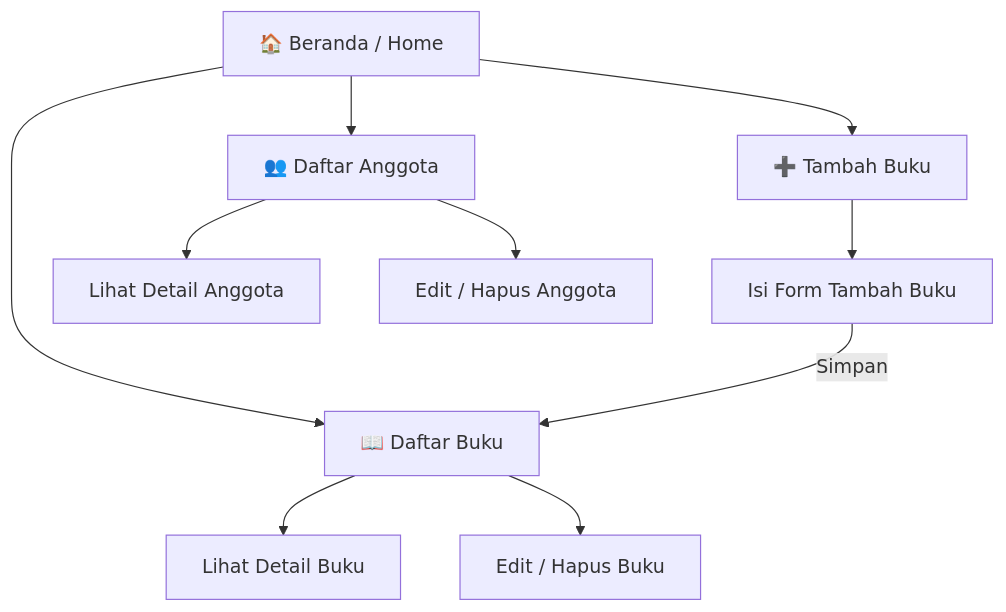
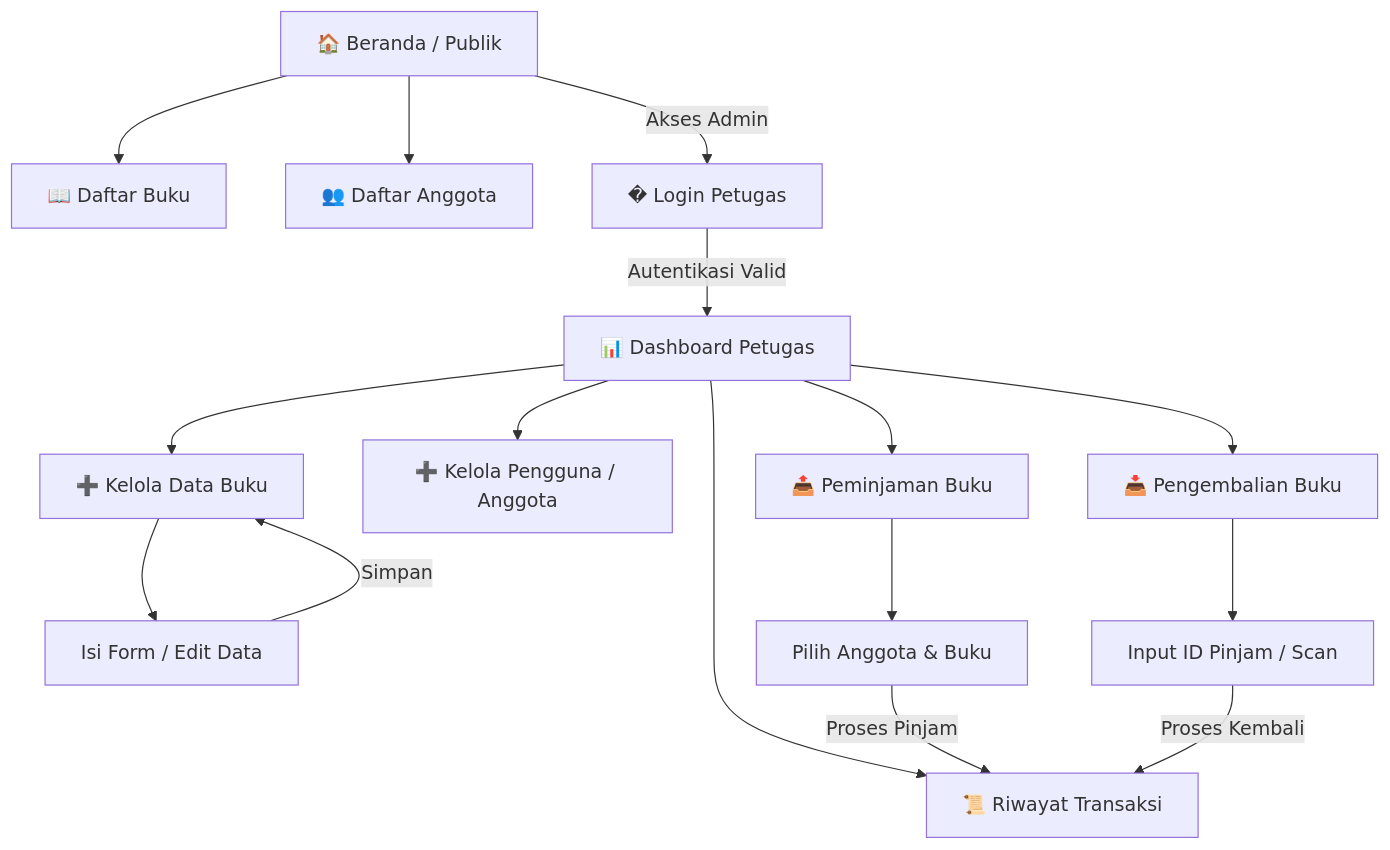
The diagram in jobsheet-04/docs/wireframe.md (bntbgs999/PemogramanWeb2026), drawn with Mermaid before and after one commit. The commit also changed other lines of this file and 7 other files, not shown here.

Commit message:
docs: tambah fitur wireframe dan flow untuk login peminjaman dsb

````diff
--- a/jobsheet-04/docs/wireframe.md
+++ b/jobsheet-04/docs/wireframe.md
@@ -11,15 +11,25 @@
 ```mermaid
 graph TD
-    A[🏠 Beranda / Home] --> B[📖 Daftar Buku]
-    A --> C[➕ Tambah Buku]
+    %% Portal Publik
+    A[🏠 Beranda / Publik] --> B[📖 Daftar Buku]
     A --> D[👥 Daftar Anggota]
     
-    B --> B1[Lihat Detail Buku]
-    B --> B2[Edit / Hapus Buku]
+    %% Portal Petugas (Fitur Mendatang)
+    A -->|Akses Admin| P1[� Login Petugas]
+    P1 -->|Autentikasi Valid| P2[📊 Dashboard Petugas]
     
-    C --> C1[Isi Form Tambah Buku]
-    C1 -->|Simpan| B
+    P2 --> C[➕ Kelola Data Buku]
+    P2 --> E[➕ Kelola Pengguna / Anggota]
+    P2 --> P3[📤 Peminjaman Buku]
+    P2 --> P4[📥 Pengembalian Buku]
+    P2 --> P5[📜 Riwayat Transaksi]
     
-    D --> D1[Lihat Detail Anggota]
-    D --> D2[Edit / Hapus Anggota]
+    C --> C1[Isi Form / Edit Data]
+    C1 -->|Simpan| C
+    
+    P3 --> P3a[Pilih Anggota & Buku]
+    P3a -->|Proses Pinjam| P5
+    
+    P4 --> P4a[Input ID Pinjam / Scan]
+    P4a -->|Proses Kembali| P5
 ```
````
